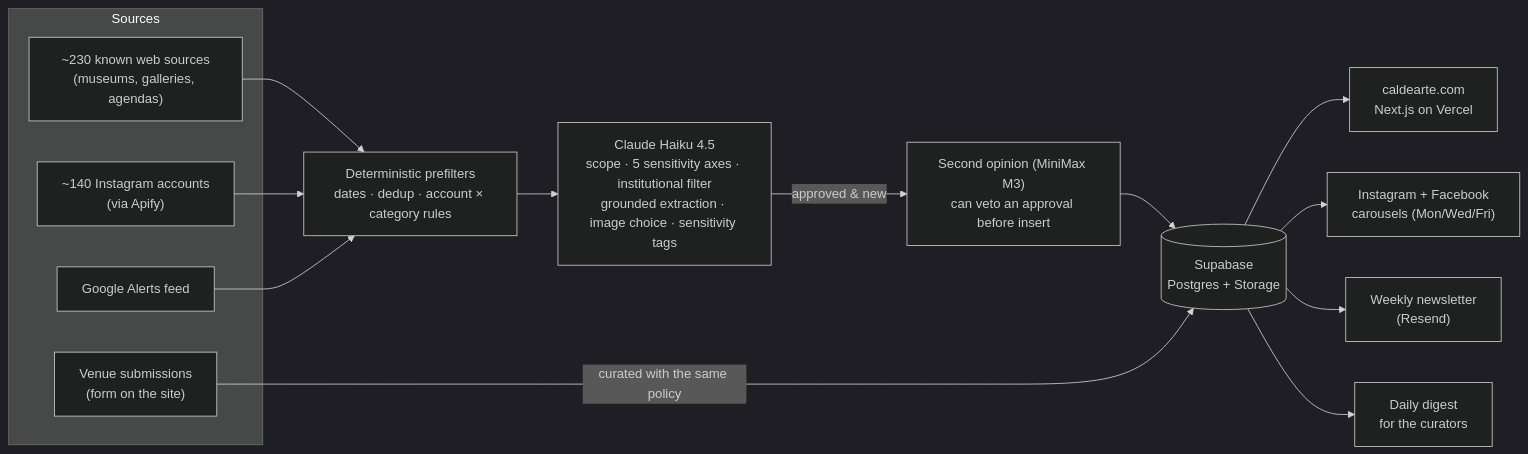
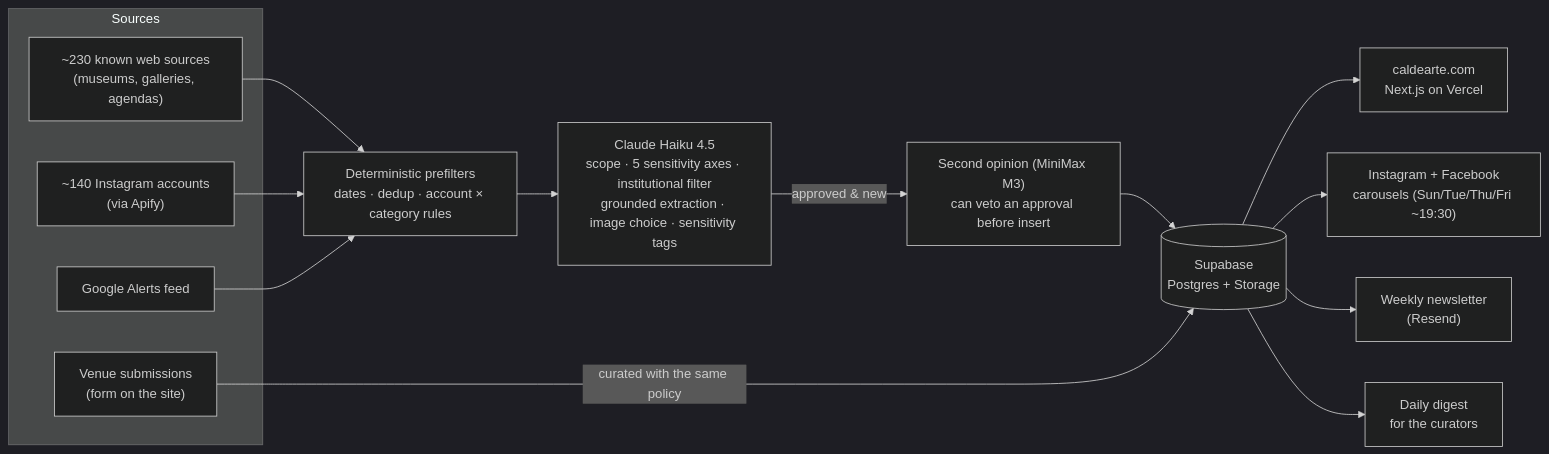
Before and after one commit to caldearte/caldearte: the diagram in README.md, drawn with Mermaid (dark theme). The commit also changed other lines of this file and 7 other files, not shown here.

````diff
--- a/README.md
+++ b/README.md
@@ -38,20 +38,20 @@
 ```mermaid
 flowchart LR
   subgraph Sources
     A["~230 known web sources<br/>(museums, galleries, agendas)"]
     B["~140 Instagram accounts<br/>(via Apify)"]
     C["Google Alerts feed"]
     D["Venue submissions<br/>(form on the site)"]
   end
 
   A & B & C --> P["Deterministic prefilters<br/>dates · dedup · account × category rules"]
   P --> H["Claude Haiku 4.5<br/>scope · 5 sensitivity axes · institutional filter<br/>grounded extraction · image choice · sensitivity tags"]
   H -- approved & new --> M["Second opinion (MiniMax M3)<br/>can veto an approval before insert"]
   M --> DB[("Supabase<br/>Postgres + Storage")]
   D -- curated with the same policy --> DB
 
   DB --> W["caldearte.com<br/>Next.js on Vercel"]
-  DB --> S["Instagram + Facebook<br/>carousels (Mon/Wed/Fri)"]
+  DB --> S["Instagram + Facebook<br/>carousels (Sun/Tue/Thu/Fri ~19:30)"]
   DB --> N["Weekly newsletter<br/>(Resend)"]
   DB --> G["Daily digest<br/>for the curators"]
 ```
````
